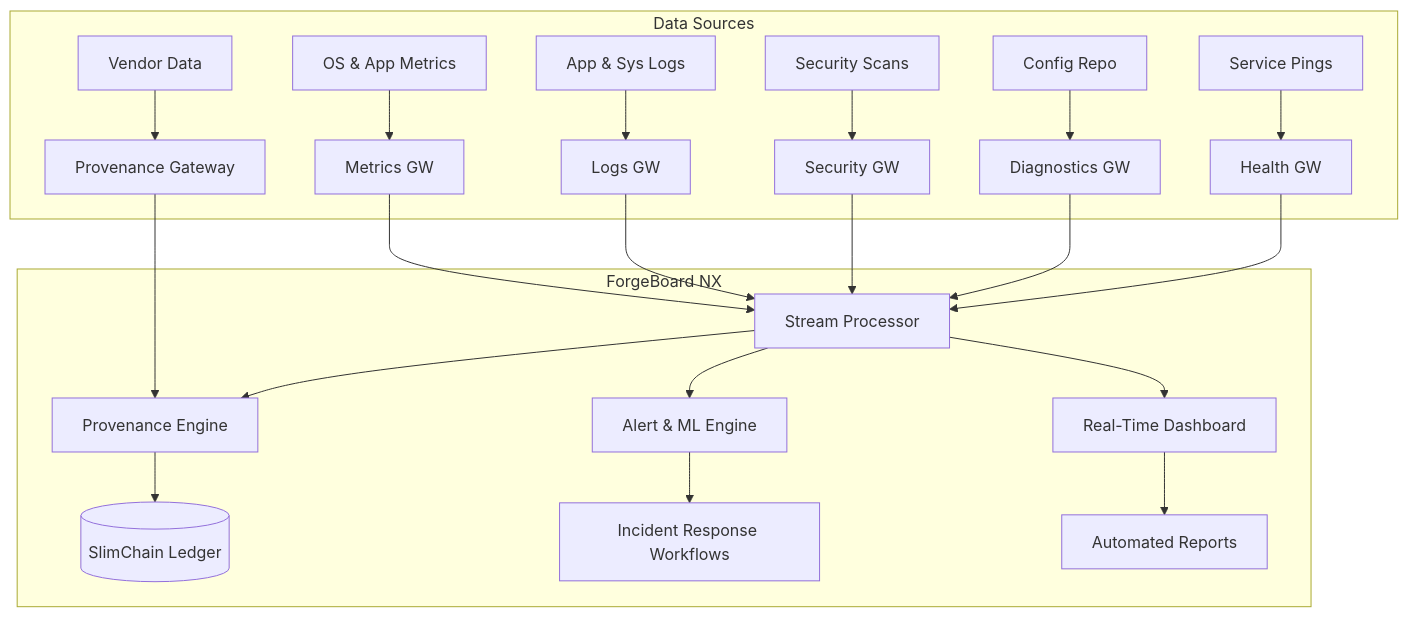
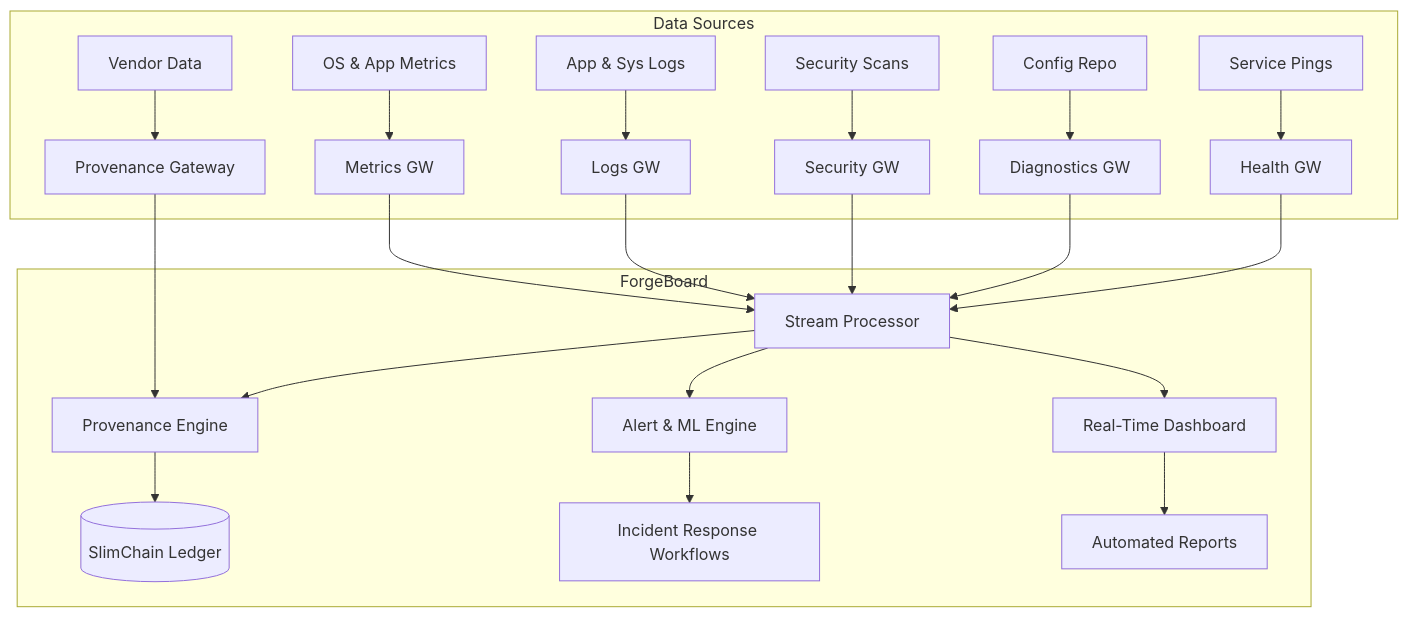
One commit to JeffreySanford/forge-board changed the diagram in forgeboard-frontend/src/assets/documentation/REV5.md. Above: the diagram before and after it, drawn with Mermaid. The commit also changed other lines of this file and 64 other files, not shown here.

````diff
--- a/forgeboard-frontend/src/assets/documentation/REV5.md
+++ b/forgeboard-frontend/src/assets/documentation/REV5.md
@@ -84,26 +84,26 @@
 ```mermaid
 flowchart TB
   subgraph Data Sources
     OS[OS & App Metrics] --> MetricsGW
     AppLogs[App & Sys Logs] --> LogsGW
     Scanner[Security Scans] --> SecurityGW
     ConfigDB[Config Repo] --> DiagnosticsGW
     HealthChecks[Service Pings] --> HealthGW
     Vendors[Vendor Data] --> ProvGW[Provenance Gateway]
   end
-  subgraph ForgeBoard NX
+  subgraph ForgeBoard
     MetricsGW[Metrics GW]
     LogsGW[Logs GW]
     SecurityGW[Security GW]
     DiagnosticsGW[Diagnostics GW]
     HealthGW[Health GW]
     ProvGW --> ProvenanceEngine[Provenance Engine]
     MetricsGW & LogsGW & SecurityGW & DiagnosticsGW & HealthGW --> StreamProc[Stream Processor]
     StreamProc --> ProvenanceEngine
     StreamProc --> AlertEng[Alert & ML Engine]
     StreamProc --> Dashboard[Real-Time Dashboard]
     ProvenanceEngine --> SlimChain[(SlimChain Ledger)]
     AlertEng --> IR[Incident Response Workflows]
     Dashboard --> ExecRpt[Automated Reports]
   end
 ```
````
